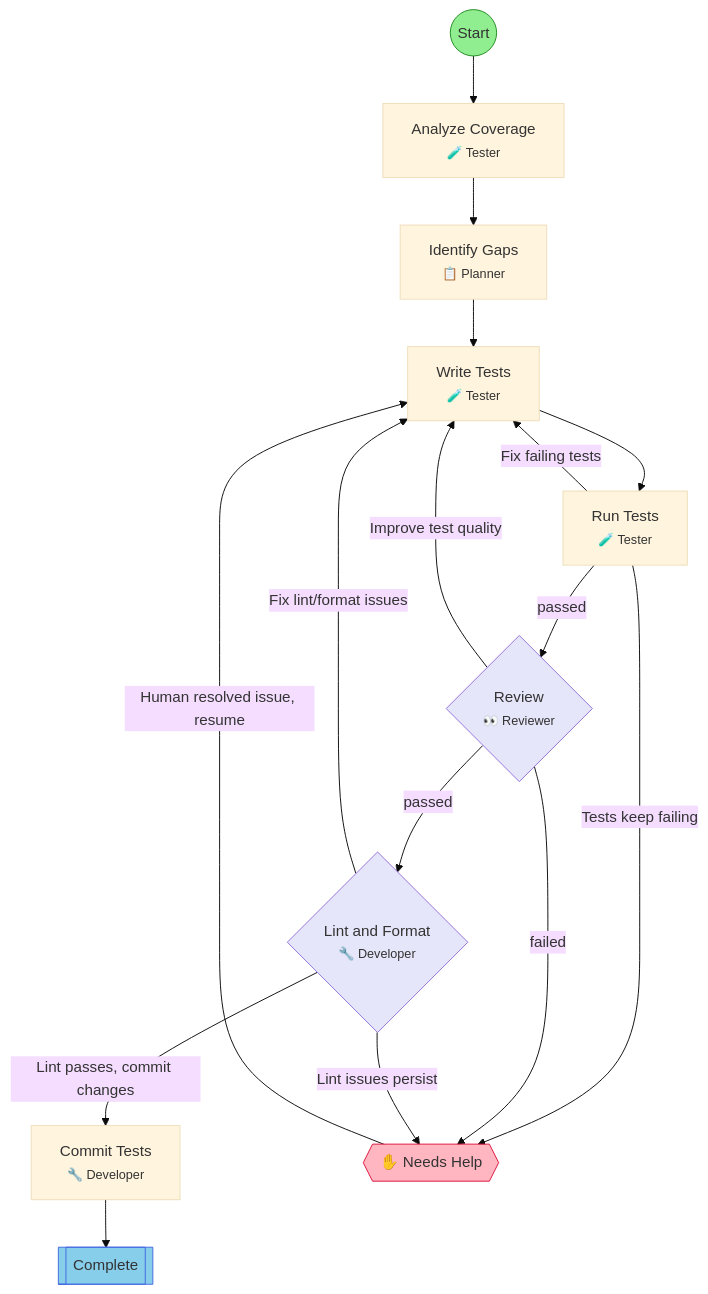
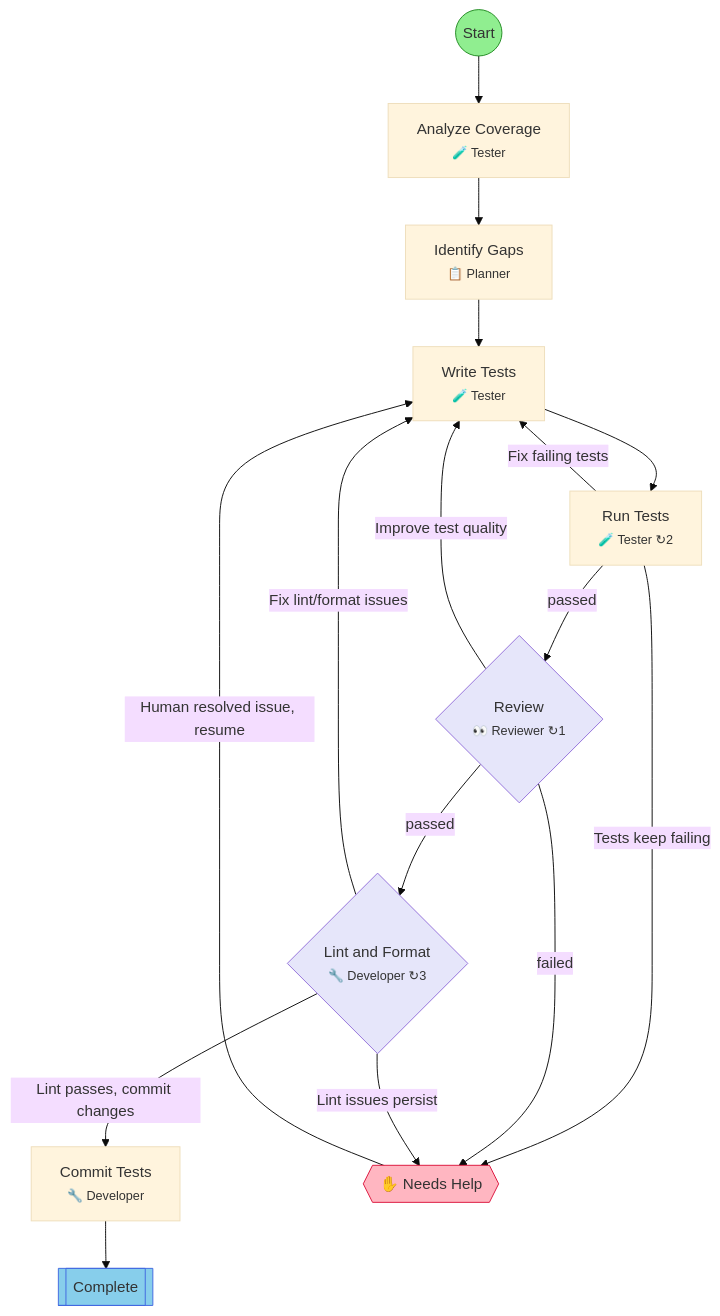
The diagram in .flow/diagrams/test-coverage.md (leclabs/agent-toolkit), drawn with Mermaid (base theme) before and after one commit. The commit also changed other lines of this file and 114 other files, not shown here.

````diff
--- a/.flow/diagrams/test-coverage.md
+++ b/.flow/diagrams/test-coverage.md
@@ -7,40 +7,40 @@
 ```mermaid
 flowchart TD
     start(("Start"))
     analyze_coverage["Analyze Coverage<br/><small>🧪 Tester</small>"]
     identify_gaps["Identify Gaps<br/><small>📋 Planner</small>"]
     write_tests["Write Tests<br/><small>🧪 Tester</small>"]
-    run_tests["Run Tests<br/><small>🧪 Tester</small>"]
-    review{"Review<br/><small>👀 Reviewer</small>"}
-    lint_format{"Lint and Format<br/><small>🔧 Developer</small>"}
+    run_tests["Run Tests<br/><small>🧪 Tester ↻2</small>"]
+    review{"Review<br/><small>👀 Reviewer ↻1</small>"}
+    lint_format{"Lint and Format<br/><small>🔧 Developer ↻3</small>"}
     commit["Commit Tests<br/><small>🔧 Developer</small>"]
     end_success[["Complete"]]
     hitl_failed{{"✋ Needs Help"}}
 
     start --> analyze_coverage
     analyze_coverage --> identify_gaps
     identify_gaps --> write_tests
     write_tests --> run_tests
     run_tests -->|Fix failing tests| write_tests
     run_tests -->|Tests keep failing| hitl_failed
     run_tests -->|passed| review
     review -->|Improve test quality| write_tests
     review -->|failed| hitl_failed
     review -->|passed| lint_format
     lint_format -->|Lint passes, commit changes| commit
     lint_format -->|Fix lint/format issues| write_tests
     lint_format -->|Lint issues persist| hitl_failed
     commit --> end_success
     hitl_failed -->|Human resolved issue, resume| write_tests
 
     classDef startStep fill:#90EE90,stroke:#228B22
     classDef successStep fill:#87CEEB,stroke:#4169E1
     classDef hitlStep fill:#FFB6C1,stroke:#DC143C
     classDef gateStep fill:#E6E6FA,stroke:#9370DB
     classDef forkJoinStep fill:#FFEAA7,stroke:#FDCB6E
     classDef currentStep fill:#FFD700,stroke:#FF8C00,stroke-width:3px
     class start startStep
     class end_success successStep
     class hitl_failed hitlStep
     class review,lint_format gateStep
 ```
````
